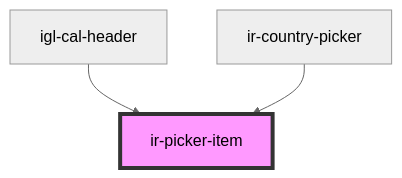
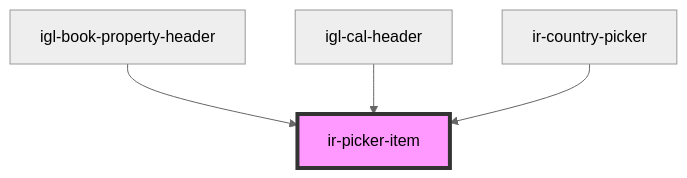
The diagram in src/components/ui/ir-picker/ir-picker-item/readme.md (David1Chowaifaty/modified-ir-webcmp), drawn with Mermaid (neutral theme) before and after one commit. The commit also changed other lines of this file and 28 other files, not shown here.

First line of the commit message:
Refactor igl-book-property components to enhance functionality and styling

````diff
--- a/src/components/ui/ir-picker/ir-picker-item/readme.md
+++ b/src/components/ui/ir-picker/ir-picker-item/readme.md
@@ -35,6 +36,7 @@
 ```mermaid
 graph TD;
+  igl-book-property-header --> ir-picker-item
   igl-cal-header --> ir-picker-item
   ir-country-picker --> ir-picker-item
   style ir-picker-item fill:#f9f,stroke:#333,stroke-width:4px
 ```
````
